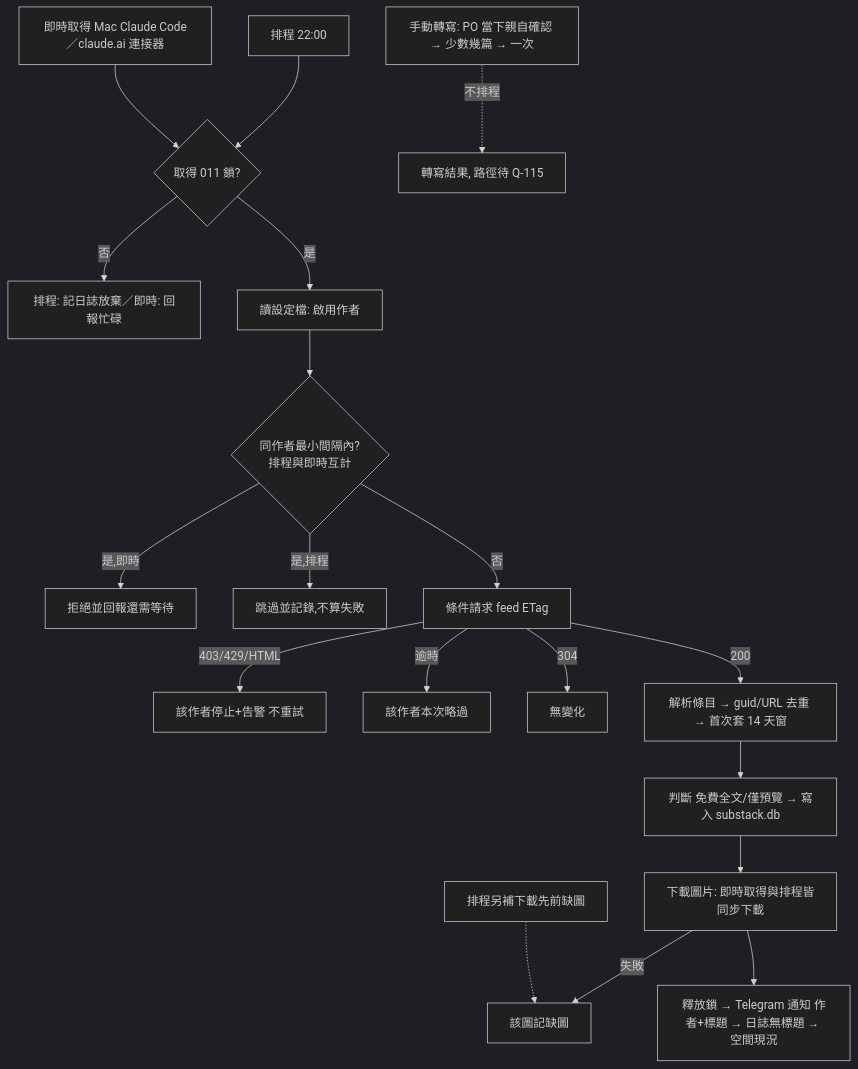
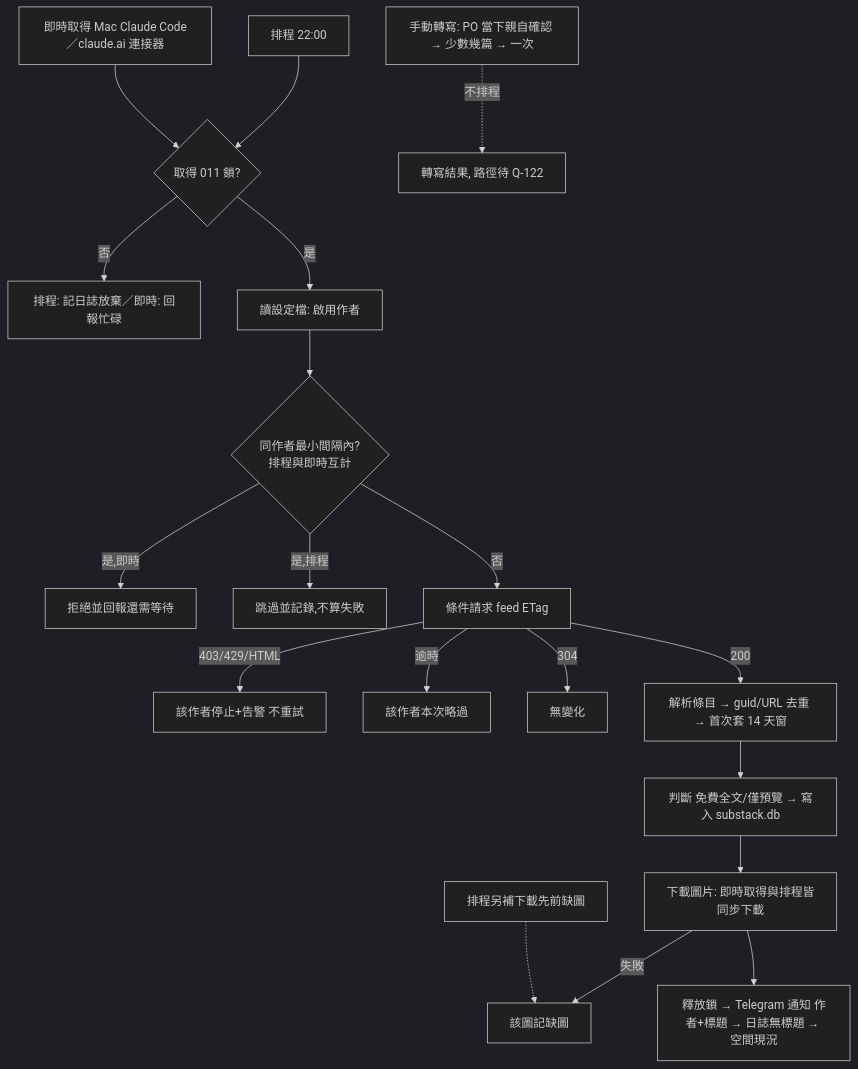
The first of 4 diagrams in docs/spec-intake/substack-import/supporting-artifacts/workflow-and-state-model.md (standerfly/AlphaVibe), drawn with Mermaid (dark theme) before and after one commit. The commit also changed other lines of this file and 16 other files, not shown here.

````diff
--- a/docs/spec-intake/substack-import/supporting-artifacts/workflow-and-state-model.md
+++ b/docs/spec-intake/substack-import/supporting-artifacts/workflow-and-state-model.md
@@ -9,22 +9,22 @@
 ```mermaid
 flowchart TD
   A1[排程 22:00] --> L
   A2[即時取得 Mac Claude Code／claude.ai 連接器] --> L
   L{取得 011 鎖?}
   L -- 否 --> B1[排程: 記日誌放棄／即時: 回報忙碌]
   L -- 是 --> C[讀設定檔: 啟用作者]
   C --> D{同作者最小間隔內?<br/>排程與即時互計}
   D -- 是,即時 --> E1[拒絕並回報還需等待]
   D -- 是,排程 --> E2[跳過並記錄,不算失敗]
   D -- 否 --> F[條件請求 feed ETag]
   F -- 403/429/HTML --> G1[該作者停止+告警 不重試]
   F -- 逾時 --> G2[該作者本次略過]
   F -- 304 --> G3[無變化]
   F -- 200 --> H[解析條目 → guid/URL 去重 → 首次套 14 天窗]
   H --> I[判斷 免費全文/僅預覽 → 寫入 substack.db]
   I --> J[下載圖片: 即時取得與排程皆同步下載]
   J -- 失敗 --> J1[該圖記缺圖]
   J --> K[釋放鎖 → Telegram 通知 作者+標題 → 日誌無標題 → 空間現況]
   S[排程另補下載先前缺圖] -.-> J1
-  M[手動轉寫: PO 當下親自確認 → 少數幾篇 → 一次] -.不排程.-> N[轉寫結果, 路徑待 Q-115]
+  M[手動轉寫: PO 當下親自確認 → 少數幾篇 → 一次] -.不排程.-> N[轉寫結果, 路徑待 Q-122]
 ```
````
